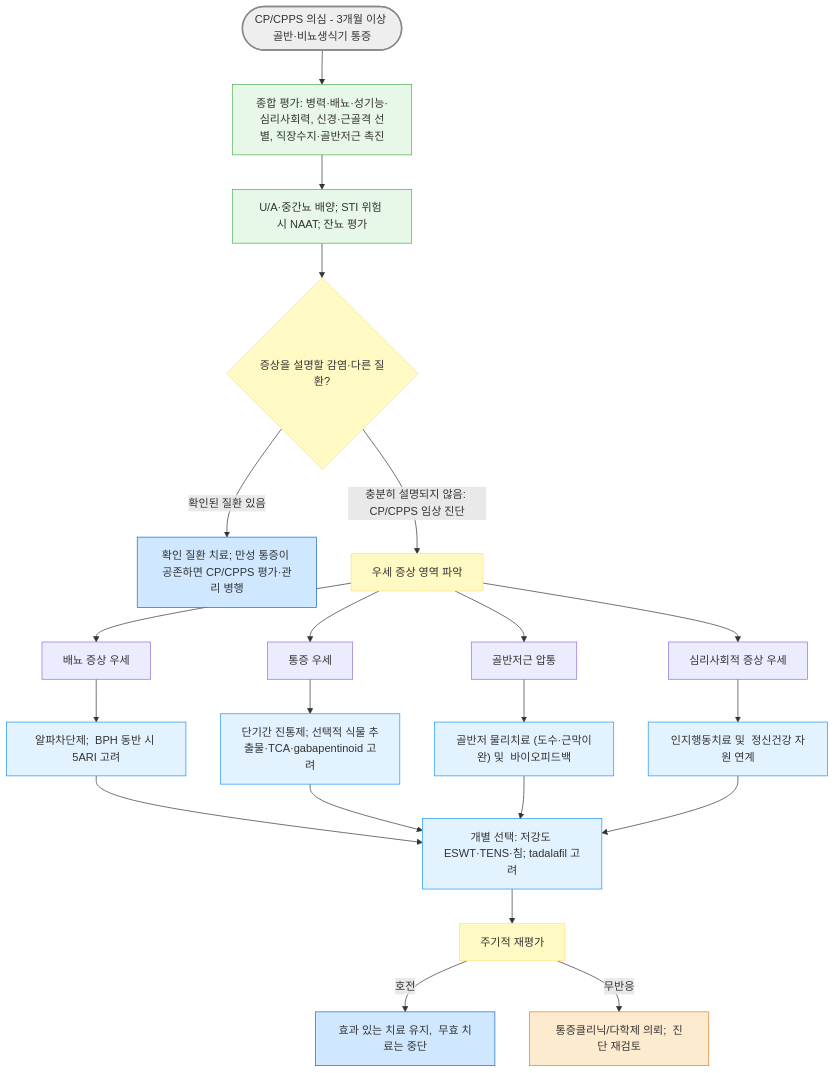
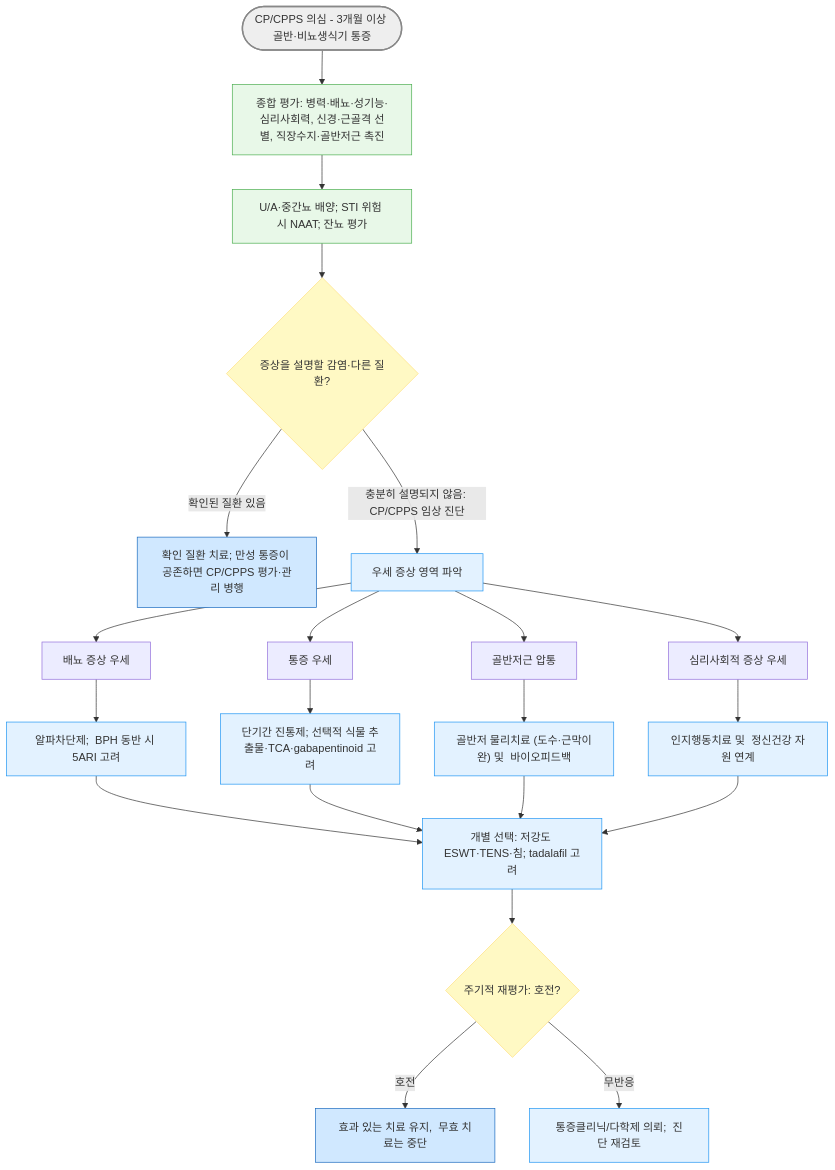
One commit to familyoh77/familyoh77 changed the second of 2 diagrams in 227_/120_-prostatitis.md. Above: the diagram before and after it, drawn with Mermaid. The commit also changed other lines of this file and 5 other files, not shown here.

````diff
--- a/227_/120_-prostatitis.md
+++ b/227_/120_-prostatitis.md
@@ -230,34 +238,34 @@
 ```mermaid
 graph TD
     Start(["CP/CPPS 의심 - 3개월 이상 골반·비뇨생식기 통증"]) --> Eval["종합 평가: 병력·배뇨·성기능·심리사회력, 신경·근골격 선별, 직장수지·골반저근 촉진"]
     Eval --> Lab["U/A·중간뇨 배양; STI 위험 시 NAAT; 잔뇨 평가"]
     Lab --> ExclQ{"증상을 설명할 감염·다른 질환?"}
-    ExclQ -->|"확인된 질환 있음"| Confusable["확인 질환 치료; 만성 통증이 공존하면 CP/CPPS 평가·관리 병행"]
-    ExclQ -->|"충분히 설명되지 않음: CP/CPPS 임상 진단"| Domain["우세 증상 영역 파악"]
+    ExclQ -- "확인된 질환 있음" --> Confusable["확인 질환 치료; 만성 통증이 공존하면 CP/CPPS 평가·관리 병행"]
+    ExclQ -- "충분히 설명되지 않음: CP/CPPS 임상 진단" --> Domain["우세 증상 영역 파악"]
     Domain --> Voiding["배뇨 증상 우세"]
     Domain --> Pain["통증 우세"]
     Domain --> PFM["골반저근 압통"]
     Domain --> Psych["심리사회적 증상 우세"]
     Voiding --> TxVoid["알파차단제;  BPH 동반 시 5ARI 고려"]
     Pain --> TxPain["단기간 진통제; 선택적 식물 추출물·TCA·gabapentinoid 고려"]
     PFM --> TxPFM["골반저 물리치료 (도수·근막이완) 및  바이오피드백"]
     Psych --> TxPsych["인지행동치료 및  정신건강 자원 연계"]
     TxVoid --> Adjunct["개별 선택: 저강도 ESWT·TENS·침; tadalafil 고려"]
     TxPain --> Adjunct
     TxPFM --> Adjunct
     TxPsych --> Adjunct
-    Adjunct --> Reassess["주기적 재평가"]
-    Reassess -->|"호전"| Continue["효과 있는 치료 유지,  무효 치료는 중단"]
-    Reassess -->|"무반응"| MDT["통증클리닉/다학제 의뢰;  진단 재검토"]
+    Adjunct --> Reassess{"주기적 재평가: 호전?"}
+    Reassess -- "호전" --> Continue["효과 있는 치료 유지,  무효 치료는 중단"]
+    Reassess -- "무반응" --> MDT["통증클리닉/다학제 의뢰;  진단 재검토"]
 
     style Start fill:#eeeeee,stroke:#888888,stroke-width:2px
 classDef yellow fill:#fff9c4,stroke:#ffe082
-	class ExclQ,Reassess,Domain yellow
+	class ExclQ,Reassess yellow
 classDef lightGreen fill:#e8f8e8,stroke:#4caf50
 	class Eval,Lab lightGreen
 classDef sky fill:#e3f2ff,stroke:#2196f3
-	class TxVoid,TxPain,TxPFM,TxPsych,Adjunct sky
+	class TxVoid,TxPain,TxPFM,TxPsych,Adjunct,Domain,MDT sky
 classDef blue fill:#d0e8ff,stroke:#1a6abf
 	class Confusable,Continue blue
-style MDT fill:#fdebd0,stroke:#e67e22
+
 ```
````
